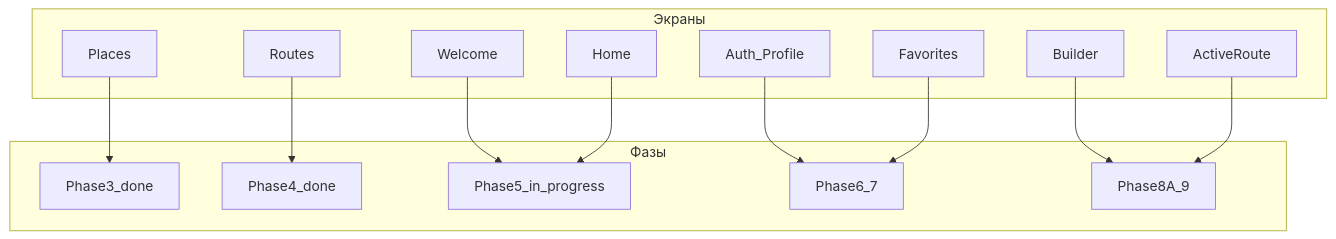
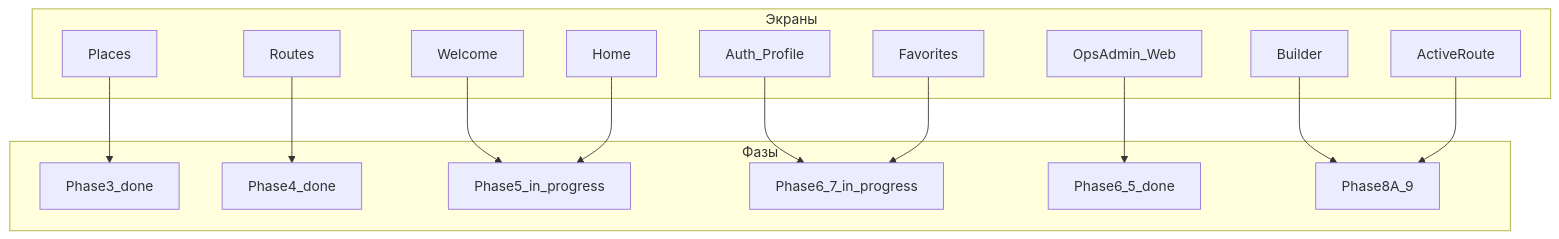
One commit to xotabeach/tourism-platform changed the fifth of 6 diagrams in docs/diagrams/phase-and-screens-map.md. Above: the diagram before and after it, drawn with Mermaid. The commit also changed other lines of this file and 4 other files, not shown here.

First line of the commit message:
docs: sync progress, Phase 6.5 ADR, and screen-phase diagrams

````diff
--- a/docs/diagrams/phase-and-screens-map.md
+++ b/docs/diagrams/phase-and-screens-map.md
@@ -142,30 +182,33 @@
 ```mermaid
 flowchart TB
   subgraph screens [Экраны]
     S_welcome[Welcome]
     S_home[Home]
     S_places[Places]
     S_routes[Routes]
     S_auth[Auth_Profile]
     S_fav[Favorites]
     S_builder[Builder]
     S_run[ActiveRoute]
+    S_ops[OpsAdmin_Web]
   end
 
   subgraph phases [Фазы]
     Ph3[Phase3_done]
     Ph4[Phase4_done]
     Ph5[Phase5_in_progress]
-    Ph6_7[Phase6_7]
+    Ph6_7[Phase6_7_in_progress]
+    Ph65[Phase6_5_done]
     Ph8_9[Phase8A_9]
   end
 
   S_places --> Ph3
   S_routes --> Ph4
   S_welcome --> Ph5
   S_home --> Ph5
   S_auth --> Ph6_7
   S_fav --> Ph6_7
+  S_ops --> Ph65
   S_builder --> Ph8_9
   S_run --> Ph8_9
 ```
````
